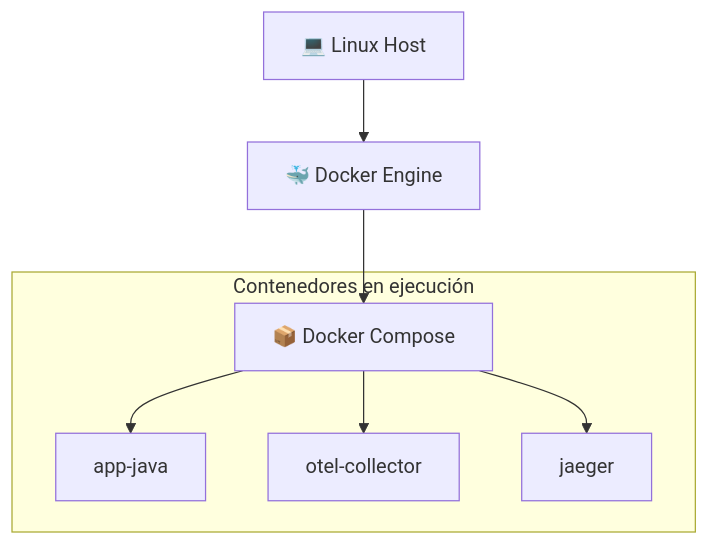
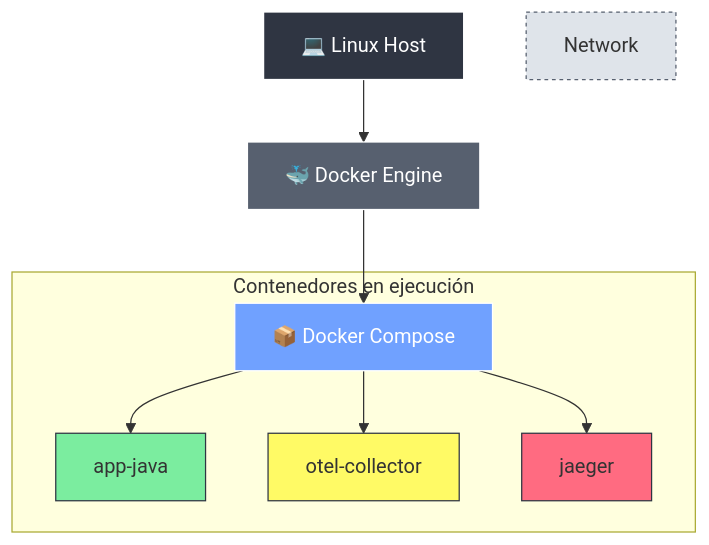
Before and after one commit to rugi/OTEL_Parte2: the diagram in Fase01/inicio/Readme.md, drawn with Mermaid.

Commit message:
Cleanup Readme.md by removing whitespace and comments
Removed unnecessary whitespace and comments from Readme.md.

````diff
--- a/Fase01/inicio/Readme.md
+++ b/Fase01/inicio/Readme.md
@@ -25,12 +25,21 @@
 ``` mermaid
 graph TD
     A[💻 Linux Host] --> B[🐳 Docker Engine]
     B --> C[📦 Docker Compose]
 
     %% Contenedores encima del Compose
     subgraph Containers [Contenedores en ejecución]
         C --> D1[app-java]
         C --> D2[otel-collector]
         C --> D3[jaeger]
     end
+
+    %% Estilo visual
+    style A fill:#2f3542,stroke:#fff,stroke-width:1px,color:#fff
+    style B fill:#57606f,stroke:#fff,color:#fff
+    style C fill:#70a1ff,stroke:#fff,color:#fff
+    style D1 fill:#7bed9f,stroke:#2f3542
+    style D2 fill:#fffa65,stroke:#2f3542
+    style D3 fill:#ff6b81,stroke:#2f3542
+    style Network fill:#dfe4ea,stroke:#57606f,stroke-dasharray:3 3
 ```
````
